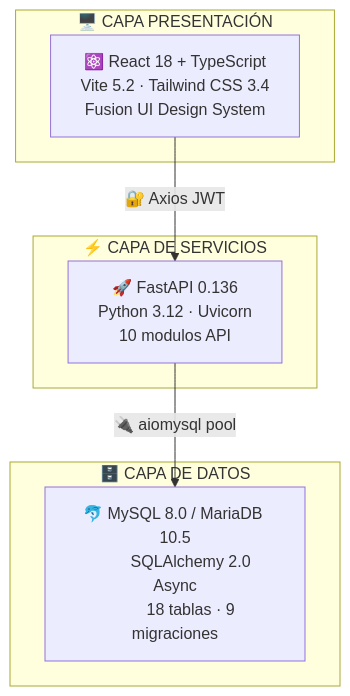
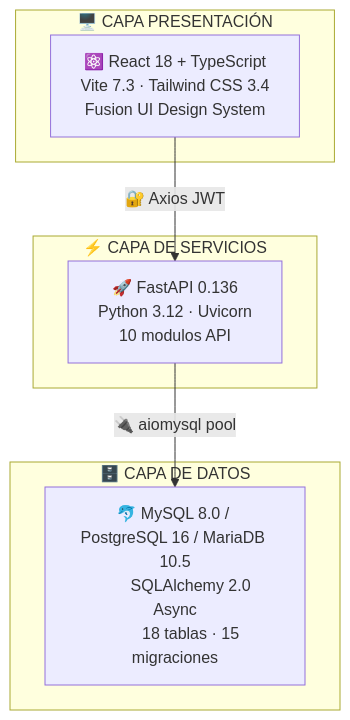
Before and after one commit to mrwil82/SIGAI-SES: the first of 4 diagrams in ENTREGABLES_SIGAI_SES/01_DOCUMENTACION_TECNICA/MANUALES/01_MANUAL_TECNICO.md, drawn with Mermaid. The commit also changed other lines of this file and 54 other files, not shown here.

````diff
--- a/ENTREGABLES_SIGAI_SES/01_DOCUMENTACION_TECNICA/MANUALES/01_MANUAL_TECNICO.md
+++ b/ENTREGABLES_SIGAI_SES/01_DOCUMENTACION_TECNICA/MANUALES/01_MANUAL_TECNICO.md
@@ -45,21 +45,21 @@
 ```mermaid
 graph TB
     subgraph "🖥️ CAPA PRESENTACIÓN"
         C1["⚛️ React 18 + TypeScript
-        Vite 5.2 · Tailwind CSS 3.4
+        Vite 7.3 · Tailwind CSS 3.4
         Fusion UI Design System"]
     end
     subgraph "⚡ CAPA DE SERVICIOS"
         S1["🚀 FastAPI 0.136
         Python 3.12 · Uvicorn
         10 modulos API"]
     end
     subgraph "🗄️ CAPA DE DATOS"
-        D1["🐬 MySQL 8.0 / MariaDB 10.5
+        D1["🐬 MySQL 8.0 / PostgreSQL 16 / MariaDB 10.5
         SQLAlchemy 2.0 Async
-        18 tablas · 9 migraciones"]
+        18 tablas · 15 migraciones"]
     end
 
     C1 -->|🔐 Axios JWT| S1
     S1 -->|🔌 aiomysql pool| D1
 ```
````
